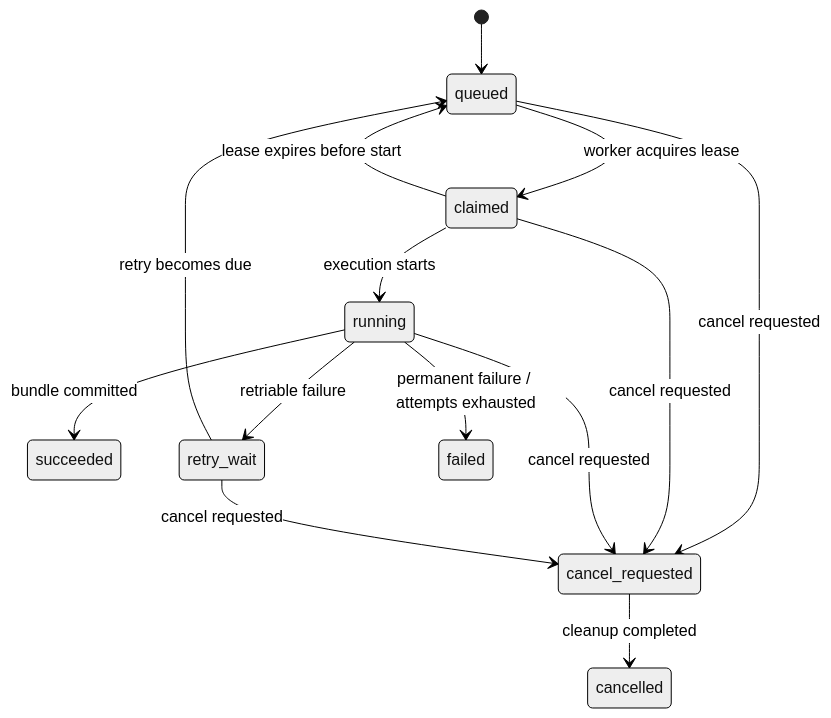
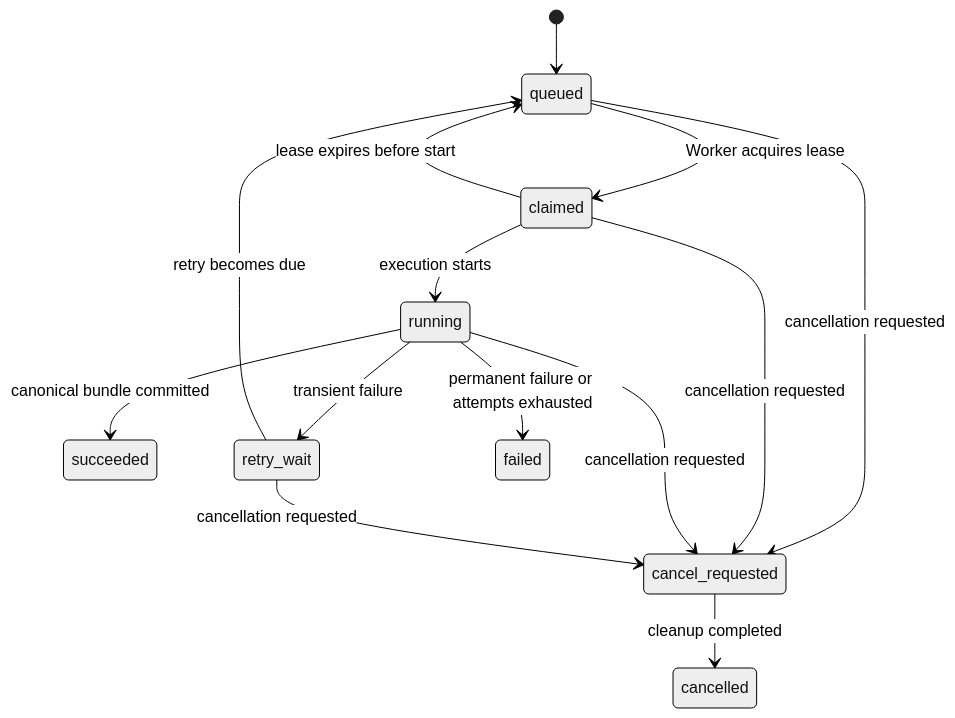
One commit to philfanzhou/StructaDoc changed the diagram in docs/specifications/parse-job-lifecycle.md. Above: the diagram before and after it, drawn with Mermaid (neutral theme). The commit also changed other lines of this file and 25 other files, not shown here.

````diff
--- a/docs/specifications/parse-job-lifecycle.md
+++ b/docs/specifications/parse-job-lifecycle.md
@@ -56,17 +54,17 @@
 ```mermaid
 stateDiagram-v2
     [*] --> queued
-    queued --> claimed: worker acquires lease
+    queued --> claimed: Worker acquires lease
     claimed --> running: execution starts
     claimed --> queued: lease expires before start
-    running --> succeeded: bundle committed
-    running --> retry_wait: retriable failure
+    running --> succeeded: canonical bundle committed
+    running --> retry_wait: transient failure
     retry_wait --> queued: retry becomes due
-    running --> failed: permanent failure / attempts exhausted
+    running --> failed: permanent failure or attempts exhausted
 
-    queued --> cancel_requested: cancel requested
-    claimed --> cancel_requested: cancel requested
-    running --> cancel_requested: cancel requested
-    retry_wait --> cancel_requested: cancel requested
+    queued --> cancel_requested: cancellation requested
+    claimed --> cancel_requested: cancellation requested
+    running --> cancel_requested: cancellation requested
+    retry_wait --> cancel_requested: cancellation requested
     cancel_requested --> cancelled: cleanup completed
 ```
````
